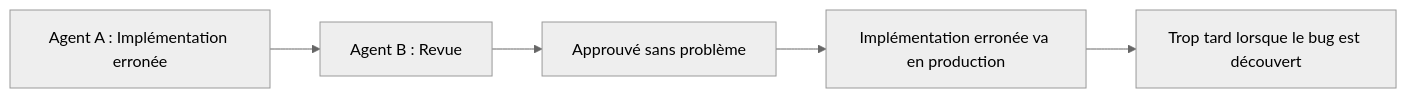
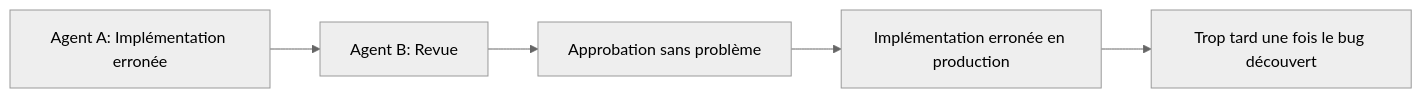
Before and after one commit to no-problem-dev/rick-brick-content: the diagram in articles/fr/2026-03-18-spec-driven-development-ai-coding.md, drawn with Mermaid (neutral theme). The commit also changed other lines of this file and 126 other files, not shown here.

````diff
--- a/articles/fr/2026-03-18-spec-driven-development-ai-coding.md
+++ b/articles/fr/2026-03-18-spec-driven-development-ai-coding.md
@@ -38,7 +38,7 @@
 ```mermaid
 graph LR
-    A[Agent A : Implémentation erronée] --> B[Agent B : Revue]
-    B --> C[Approuvé sans problème]
-    C --> D[Implémentation erronée va en production]
-    D --> E[Trop tard lorsque le bug est découvert]
+    A[Agent A: Implémentation erronée] --> B[Agent B: Revue]
+    B --> C[Approbation sans problème]
+    C --> D[Implémentation erronée en production]
+    D --> E[Trop tard une fois le bug découvert]
 ```
````
